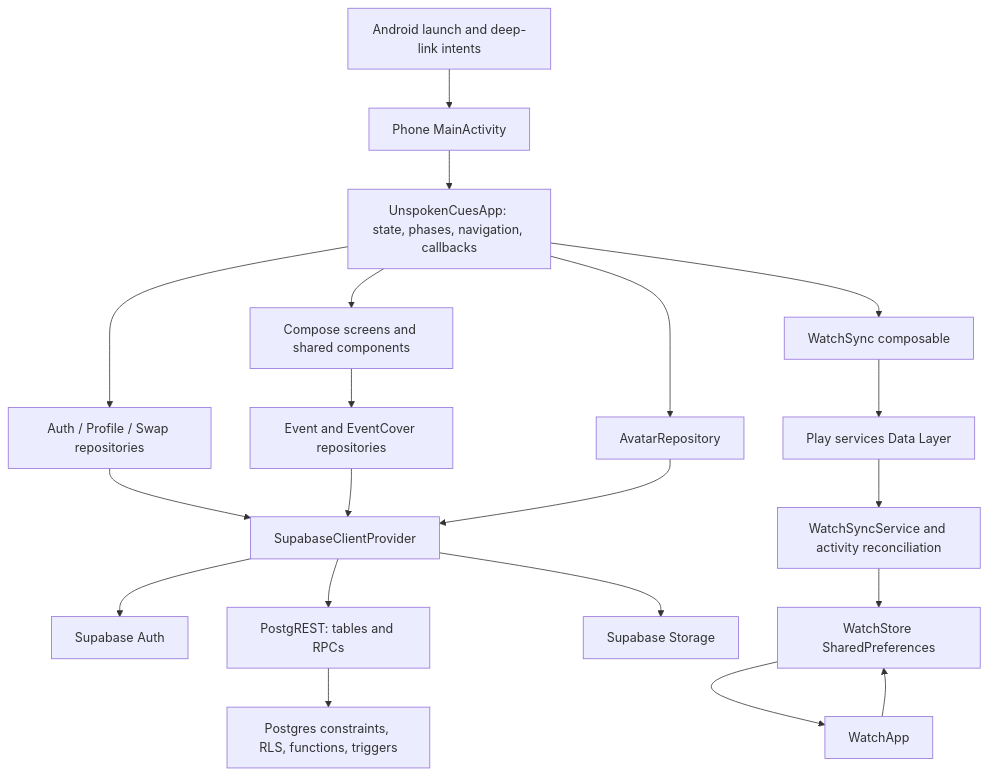
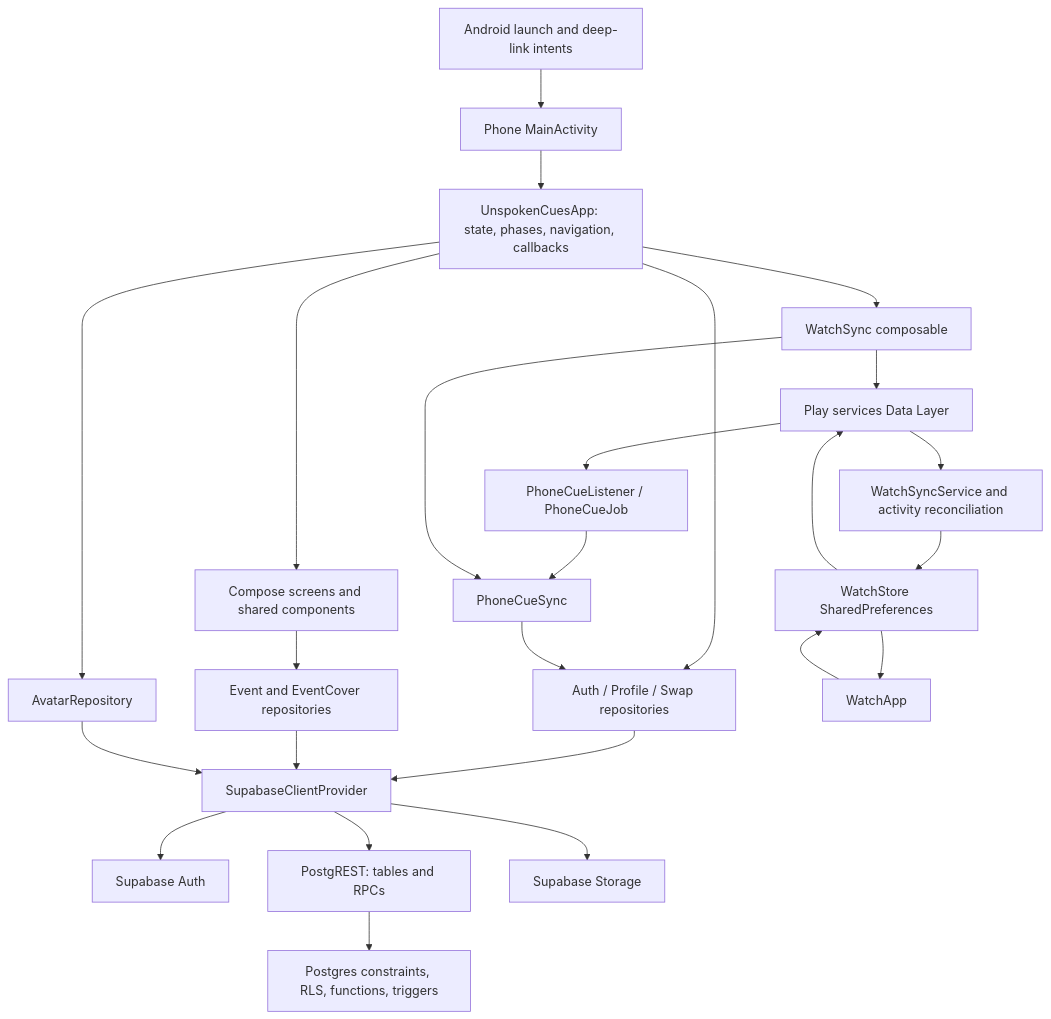
One commit to unspoken-cues/unspoken-cues-phone changed the diagram in docs/handoff/architecture.md. Above: the diagram before and after it, drawn with Mermaid. The commit also changed other lines of this file and 20 other files, not shown here.

````diff
--- a/docs/handoff/architecture.md
+++ b/docs/handoff/architecture.md
@@ -7,22 +7,27 @@
 ```mermaid
 flowchart TD
     Intent[Android launch and deep-link intents] --> Activity[Phone MainActivity]
     Activity --> Root[UnspokenCuesApp: state, phases, navigation, callbacks]
     Root --> UI[Compose screens and shared components]
     Root --> Repo[Auth / Profile / Swap repositories]
     UI --> Events[Event and EventCover repositories]
     Root --> Images[AvatarRepository]
     Repo --> Client[SupabaseClientProvider]
     Events --> Client
     Images --> Client
     Client --> Auth[Supabase Auth]
     Client --> REST[PostgREST: tables and RPCs]
     Client --> Storage[Supabase Storage]
     REST --> DB[Postgres constraints, RLS, functions, triggers]
     Root --> Sync[WatchSync composable]
     Sync --> Data[Play services Data Layer]
     Data --> Listener[WatchSyncService and activity reconciliation]
     Listener --> Store[WatchStore SharedPreferences]
     Store --> WatchUI[WatchApp]
     WatchUI --> Store
+    Store --> Data
+    Data --> Job[PhoneCueListener / PhoneCueJob]
+    Job --> Coordinator[PhoneCueSync]
+    Sync --> Coordinator
+    Coordinator --> Repo
 ```
````
